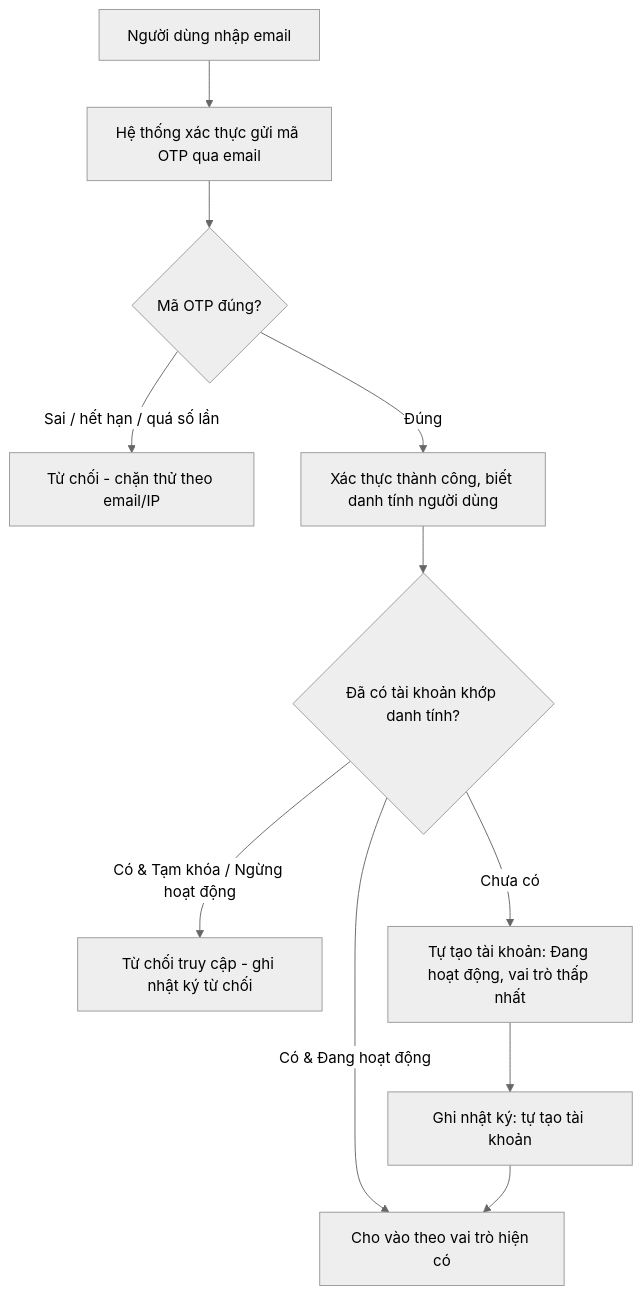
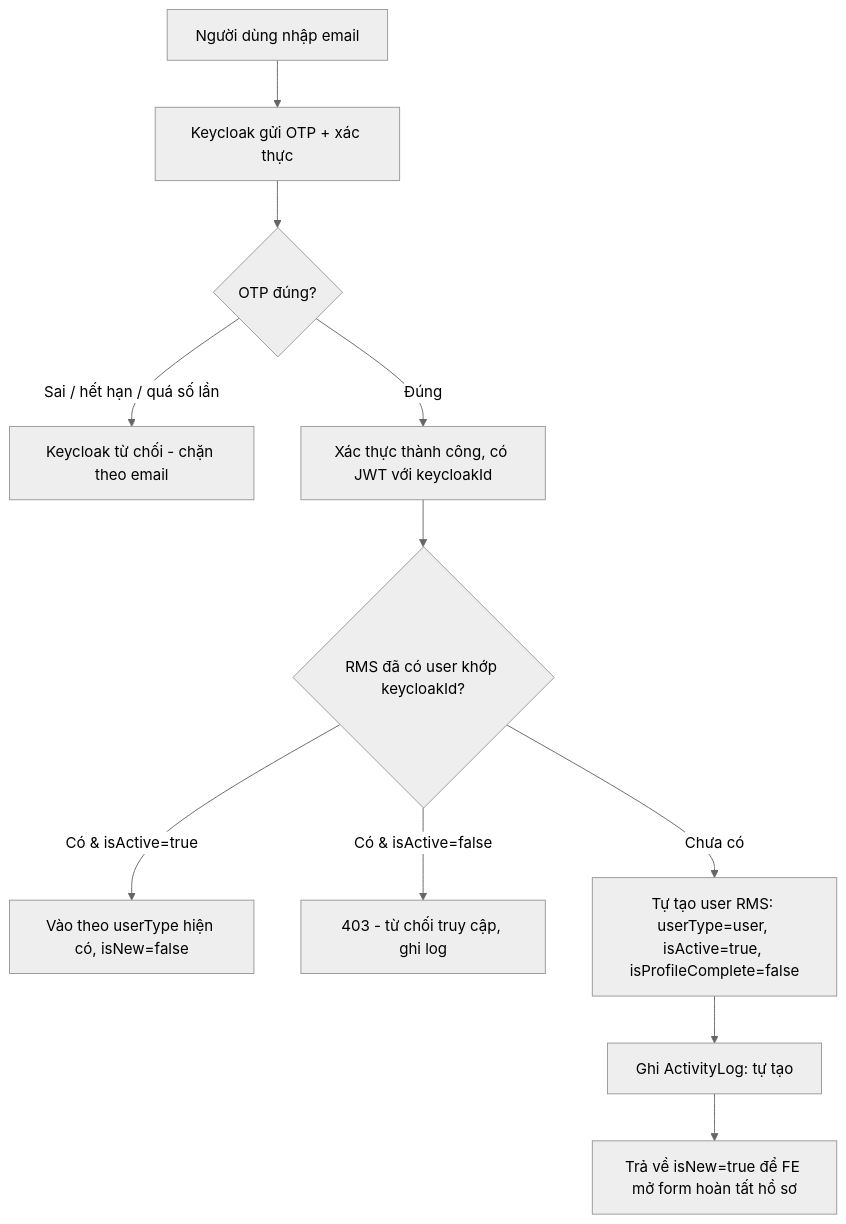
One commit to PTZero2026/rms-docs changed the second of 4 diagrams in docs/features/B03-quan-ly-nguoi-dung/spec.md. Above: the diagram before and after it, drawn with Mermaid (neutral theme). The commit also changed other lines of this file, not shown here.

````diff
--- a/docs/features/B03-quan-ly-nguoi-dung/spec.md
+++ b/docs/features/B03-quan-ly-nguoi-dung/spec.md
@@ -83,13 +87,13 @@
 ```mermaid
 flowchart TD
-    A[Người dùng nhập email] --> B[Hệ thống xác thực gửi mã OTP qua email]
-    B --> V{Mã OTP đúng?}
-    V -->|Sai / hết hạn / quá số lần| X[Từ chối - chặn thử theo email/IP]
-    V -->|Đúng| K[Xác thực thành công, biết danh tính người dùng]
-    K --> C{Đã có tài khoản khớp danh tính?}
-    C -->|Có & Đang hoạt động| H[Cho vào theo vai trò hiện có]
-    C -->|Có & Tạm khóa / Ngừng hoạt động| L[Từ chối truy cập - ghi nhật ký từ chối]
-    C -->|Chưa có| F[Tự tạo tài khoản: Đang hoạt động, vai trò thấp nhất]
-    F --> G[Ghi nhật ký: tự tạo tài khoản]
-    G --> H
+    A[Người dùng nhập email] --> B[Keycloak gửi OTP + xác thực]
+    B --> V{OTP đúng?}
+    V -->|Sai / hết hạn / quá số lần| X[Keycloak từ chối - chặn theo email]
+    V -->|Đúng| K[Xác thực thành công, có JWT với keycloakId]
+    K --> C{RMS đã có user khớp keycloakId?}
+    C -->|Có & isActive=true| H[Vào theo userType hiện có, isNew=false]
+    C -->|Có & isActive=false| L[403 - từ chối truy cập, ghi log]
+    C -->|Chưa có| F[Tự tạo user RMS: userType=user, isActive=true, isProfileComplete=false]
+    F --> G[Ghi ActivityLog: tự tạo]
+    G --> H2[Trả về isNew=true để FE mở form hoàn tất hồ sơ]
 ```
````
